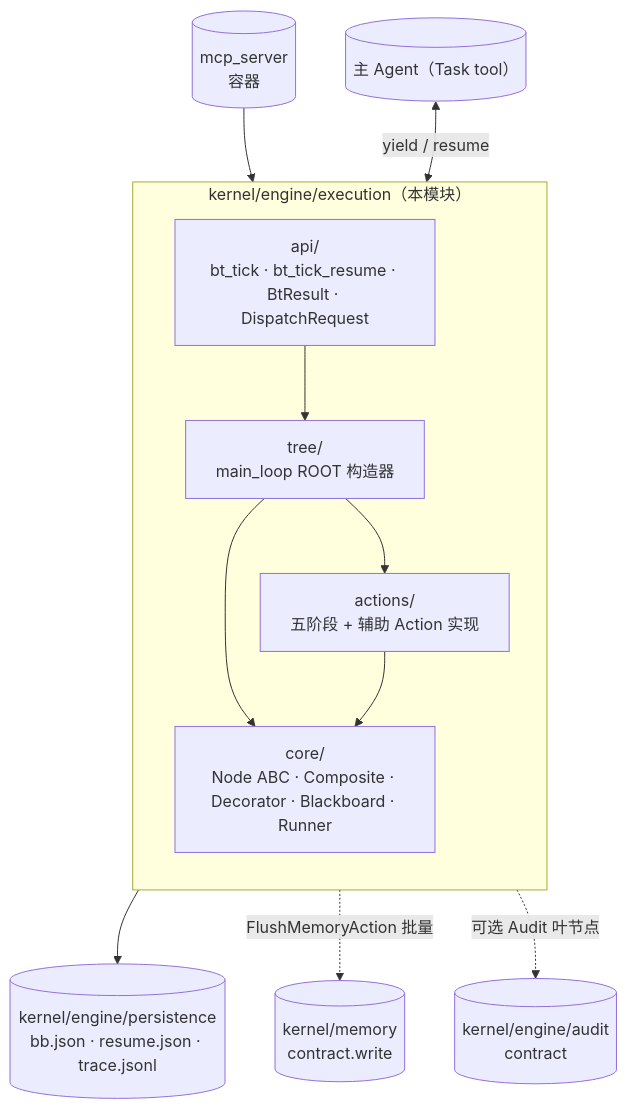
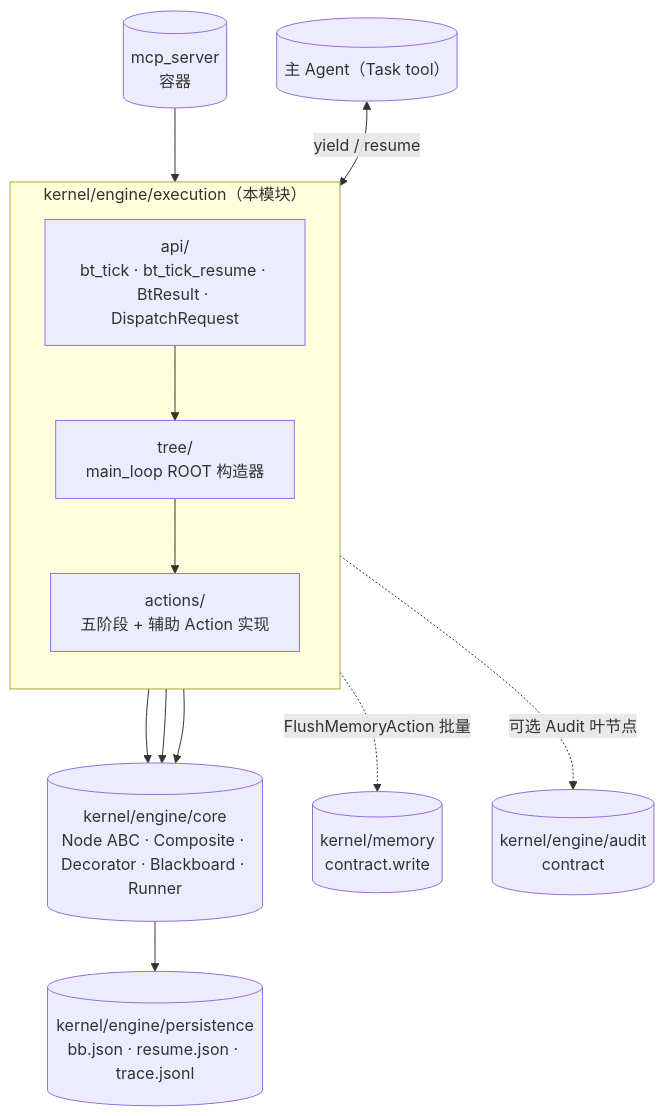
Before and after one commit to nan023062/agent-team-cc: the diagram in v1/kernel/engine/execution/.dna/module.md, drawn with Mermaid. The commit also changed other lines of this file and 3 other files, not shown here.

First line of the commit message:
refactor(engine): promote core/ and persistence/ as engine-level primitives

````diff
--- a/v1/kernel/engine/execution/.dna/module.md
+++ b/v1/kernel/engine/execution/.dna/module.md
@@ -31,26 +32,27 @@
 ```mermaid
 flowchart TB
     subgraph EXEC["kernel/engine/execution（本模块）"]
         direction TB
-        Core["core/<br/>Node ABC · Composite · Decorator · Blackboard · Runner"]
         Actions["actions/<br/>五阶段 + 辅助 Action 实现"]
         Tree["tree/<br/>main_loop ROOT 构造器"]
         Api["api/<br/>bt_tick · bt_tick_resume · BtResult · DispatchRequest"]
     end
 
+    Core[("kernel/engine/core<br/>Node ABC · Composite · Decorator · Blackboard · Runner")]
     MainAgent[("主 Agent（Task tool）")]
     Persist[("kernel/engine/persistence<br/>bb.json · resume.json · trace.jsonl")]
     Memory[("kernel/memory<br/>contract.write")]
     Audit[("kernel/engine/audit<br/>contract")]
     MCP[("mcp_server<br/>容器")]
 
     MCP --> Api
     MainAgent <-->|yield / resume| Api
     Api --> Tree
+    Api --> Core
     Tree --> Core
     Tree --> Actions
     Actions --> Core
     Core --> Persist
     Actions -.->|FlushMemoryAction 批量| Memory
     Actions -.->|可选 Audit 叶节点| Audit
 ```
````
